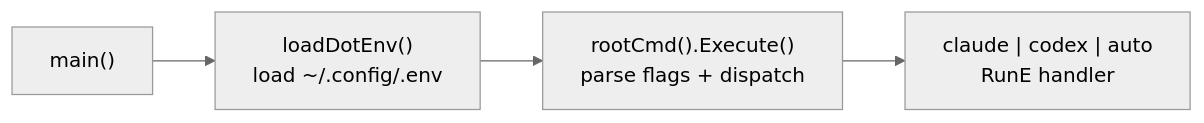
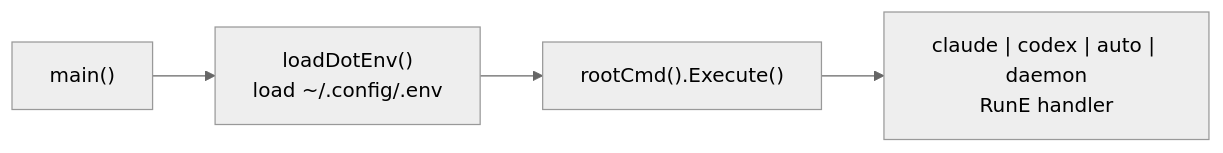
One commit to mrbrutti/okesu changed the second of 17 diagrams in docs/architecture.md. Above: the diagram before and after it, drawn with Mermaid (neutral theme). The commit also changed other lines of this file, not shown here.

First line of the commit message:
docs: update architecture.md for Phases 2–7

````diff
--- a/docs/architecture.md
+++ b/docs/architecture.md
@@ -112,6 +140,6 @@
 ```mermaid
 flowchart LR
     main["main()"] --> LD["loadDotEnv()\nload ~/.config/.env"]
-    LD --> RC["rootCmd().Execute()\nparse flags + dispatch"]
-    RC --> Cmd["claude | codex | auto\nRunE handler"]
+    LD --> RC["rootCmd().Execute()"]
+    RC --> Cmd["claude | codex | auto | daemon\nRunE handler"]
 ```
````
